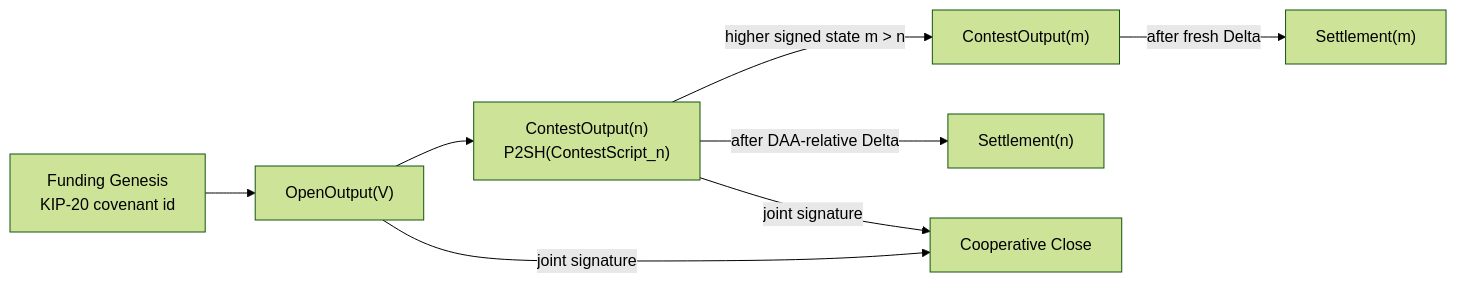
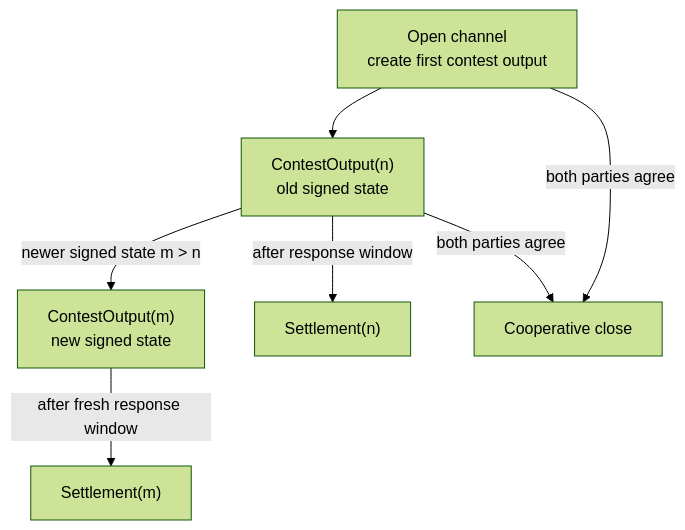
The second of 5 diagrams in README.md (a19q3/Kurrent), drawn with Mermaid (forest theme) before and after one commit. The commit also changed other lines of this file, not shown here.

````diff
--- a/README.md
+++ b/README.md
@@ -93,10 +48,9 @@
 ```mermaid
-flowchart LR
-    Funding["Funding Genesis<br/>KIP-20 covenant id"] --> Open["OpenOutput(V)"]
-    Open --> ContestN["ContestOutput(n)<br/>P2SH(ContestScript_n)"]
-    ContestN -->|higher signed state m > n| ContestM["ContestOutput(m)"]
-    ContestN -->|after DAA-relative Delta| SettleN["Settlement(n)"]
-    ContestM -->|after fresh Delta| SettleM["Settlement(m)"]
-    Open -->|joint signature| Coop["Cooperative Close"]
-    ContestN -->|joint signature| Coop
+flowchart TD
+    Open["Open channel<br/>create first contest output"] --> N["ContestOutput(n)<br/>old signed state"]
+    N -->|newer signed state m > n| M["ContestOutput(m)<br/>new signed state"]
+    N -->|after response window| SN["Settlement(n)"]
+    M -->|after fresh response window| SM["Settlement(m)"]
+    N -->|both parties agree| Coop["Cooperative close"]
+    Open -->|both parties agree| Coop
 ```
````
